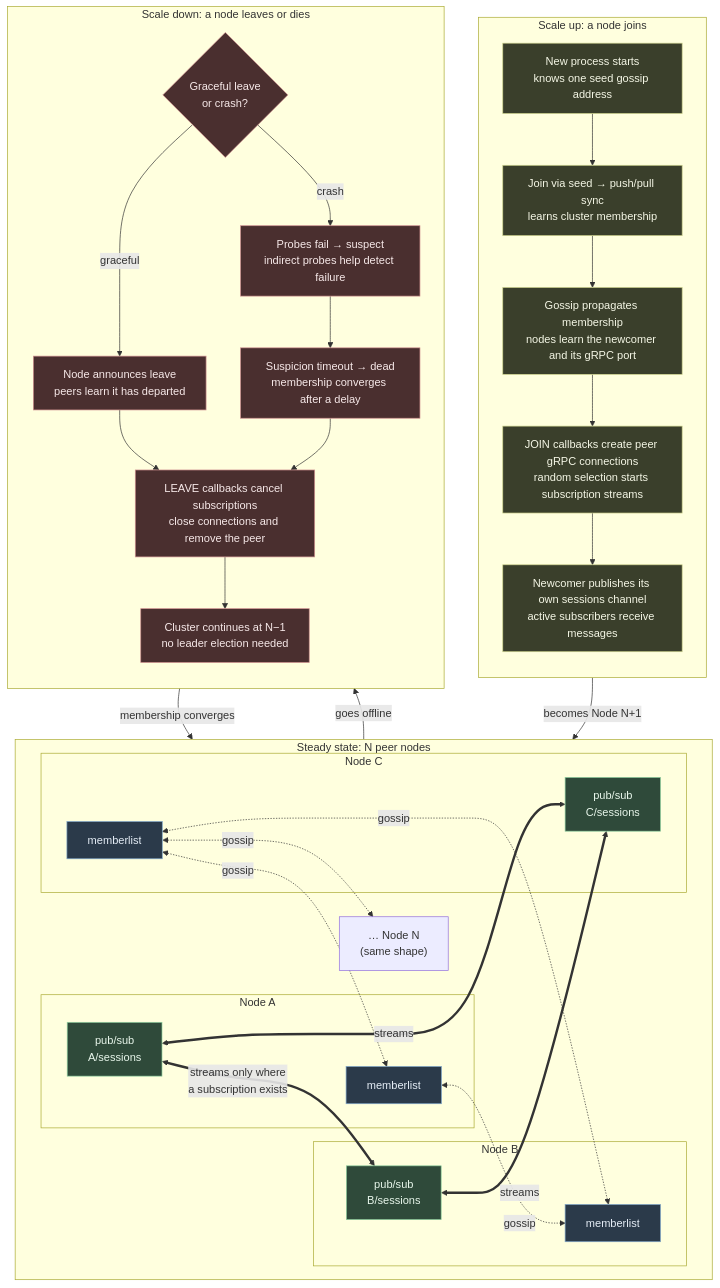
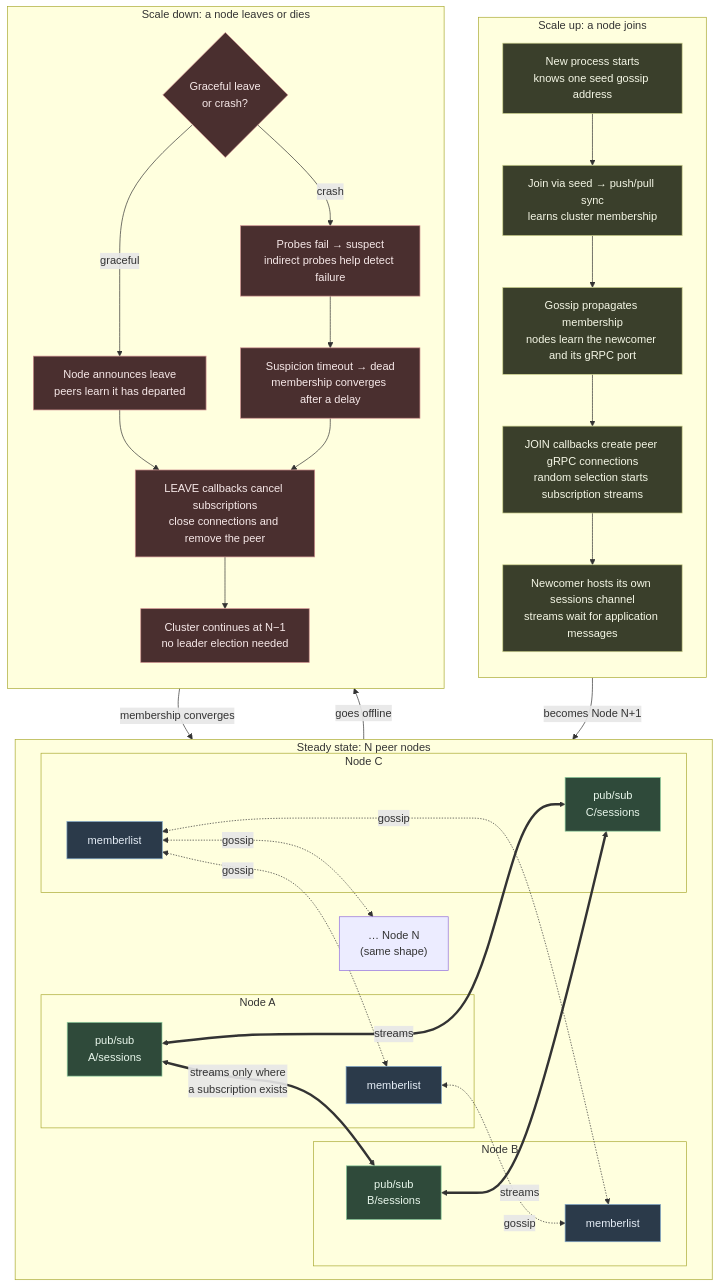
Before and after one commit to aliengiraffe/rhizome: the diagram in README.md, drawn with Mermaid. The commit also changed other lines of this file and 2 other files, not shown here.

Commit message:
Remove automatic demo messages and Office quotes

````diff
--- a/README.md
+++ b/README.md
@@ -82,70 +80,70 @@
 ```mermaid
 flowchart TB
     %% ================= STEADY STATE =================
     subgraph CLUSTER["Steady state: N peer nodes"]
         direction LR
         subgraph NA["Node A"]
             A_g["memberlist"]
             A_ps["pub/sub<br/>A/sessions"]
         end
         subgraph NB["Node B"]
             B_g["memberlist"]
             B_ps["pub/sub<br/>B/sessions"]
         end
         subgraph NC["Node C"]
             C_g["memberlist"]
             C_ps["pub/sub<br/>C/sessions"]
         end
         MORE["… Node N<br/>(same shape)"]
 
         A_g <-. gossip .-> B_g
         B_g <-. gossip .-> C_g
         C_g <-. gossip .-> A_g
         C_g <-. gossip .-> MORE
 
         A_ps <== "streams only where<br/>a subscription exists" ==> B_ps
         B_ps <== streams ==> C_ps
         A_ps <== streams ==> C_ps
     end
 
     %% ================= SCALE UP =================
     subgraph UP["Scale up: a node joins"]
         direction TB
         J0["New process starts<br/>knows one seed gossip address"]
         J1["Join via seed → push/pull sync<br/>learns cluster membership"]
         J2["Gossip propagates membership<br/>nodes learn the newcomer and its gRPC port"]
         J3["JOIN callbacks create peer gRPC connections<br/>random selection starts subscription streams"]
-        J4["Newcomer publishes its own sessions channel<br/>active subscribers receive messages"]
+        J4["Newcomer hosts its own sessions channel<br/>streams wait for application messages"]
         J0 --> J1 --> J2 --> J3 --> J4
     end
 
     %% ================= SCALE DOWN =================
     subgraph DOWN["Scale down: a node leaves or dies"]
         direction TB
         L0{"Graceful leave<br/>or crash?"}
         L1["Node announces leave<br/>peers learn it has departed"]
         L2["Probes fail → suspect<br/>indirect probes help detect failure"]
         L3["Suspicion timeout → dead<br/>membership converges after a delay"]
         L4["LEAVE callbacks cancel subscriptions<br/>close connections and remove the peer"]
         L7["Cluster continues at N−1<br/>no leader election needed"]
         L0 -- graceful --> L1
         L0 -- crash --> L2 --> L3
         L1 --> L4
         L3 --> L4
         L4 --> L7
     end
 
     %% Link lifecycle flows back into the cluster
     J4 -- "becomes Node N+1" --> MORE
     NA -- "goes offline" --> L0
     L7 -- "membership converges" --> CLUSTER
 
     classDef gossip fill:#2b3a4a,stroke:#7fa6c9,color:#e6eef7
     classDef data fill:#2f4a3a,stroke:#8fcf9f,color:#e9f7ec
     classDef up fill:#3a3f2b,stroke:#cfd48f,color:#f5f7e6
     classDef down fill:#4a2f2f,stroke:#cf8f8f,color:#f7e9e9
     class A_g,B_g,C_g gossip
     class A_ps,B_ps,C_ps data
     class J0,J1,J2,J3,J4 up
     class L0,L1,L2,L3,L4,L7 down
 ```
````
